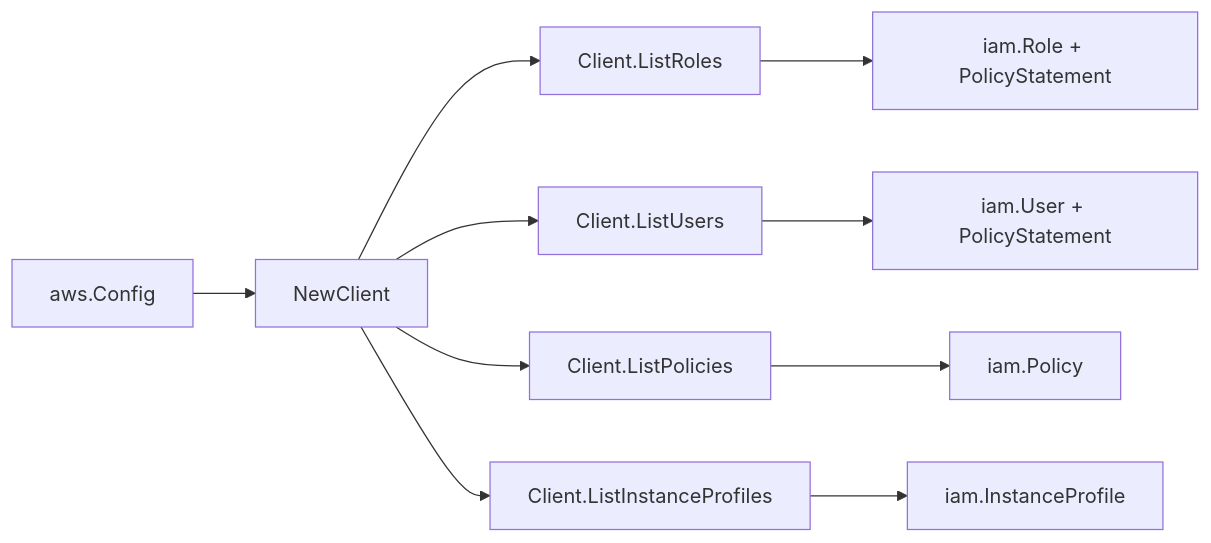
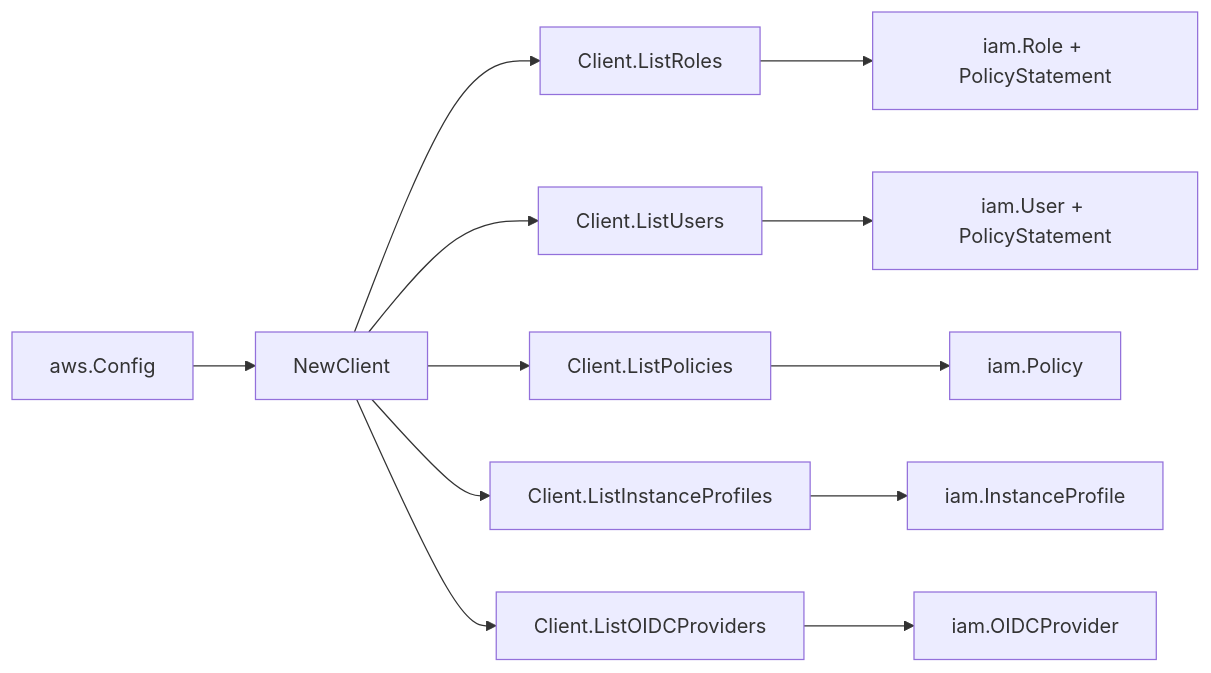
Before and after one commit to eshu-hq/eshu: the diagram in go/internal/collector/awscloud/services/iam/awssdk/README.md, drawn with Mermaid. The commit also changed other lines of this file and 27 other files, not shown here.

````diff
--- a/go/internal/collector/awscloud/services/iam/awssdk/README.md
+++ b/go/internal/collector/awscloud/services/iam/awssdk/README.md
@@ -19,12 +22,14 @@
 ```mermaid
 flowchart LR
   A["aws.Config"] --> B["NewClient"]
   B --> C["Client.ListRoles"]
   B --> D["Client.ListUsers"]
   B --> E["Client.ListPolicies"]
   B --> F["Client.ListInstanceProfiles"]
+  B --> K["Client.ListOIDCProviders"]
   C --> G["iam.Role + PolicyStatement"]
   D --> H["iam.User + PolicyStatement"]
   E --> I["iam.Policy"]
   F --> J["iam.InstanceProfile"]
+  K --> L["iam.OIDCProvider"]
 ```
````
